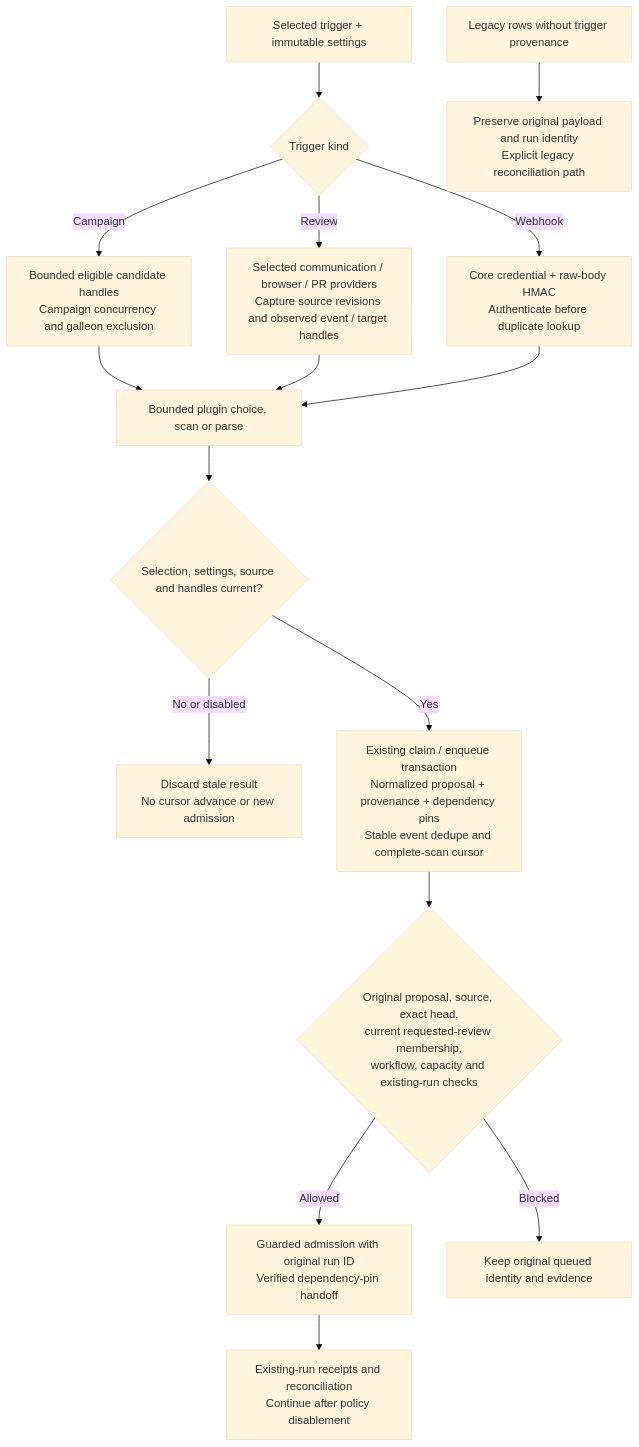
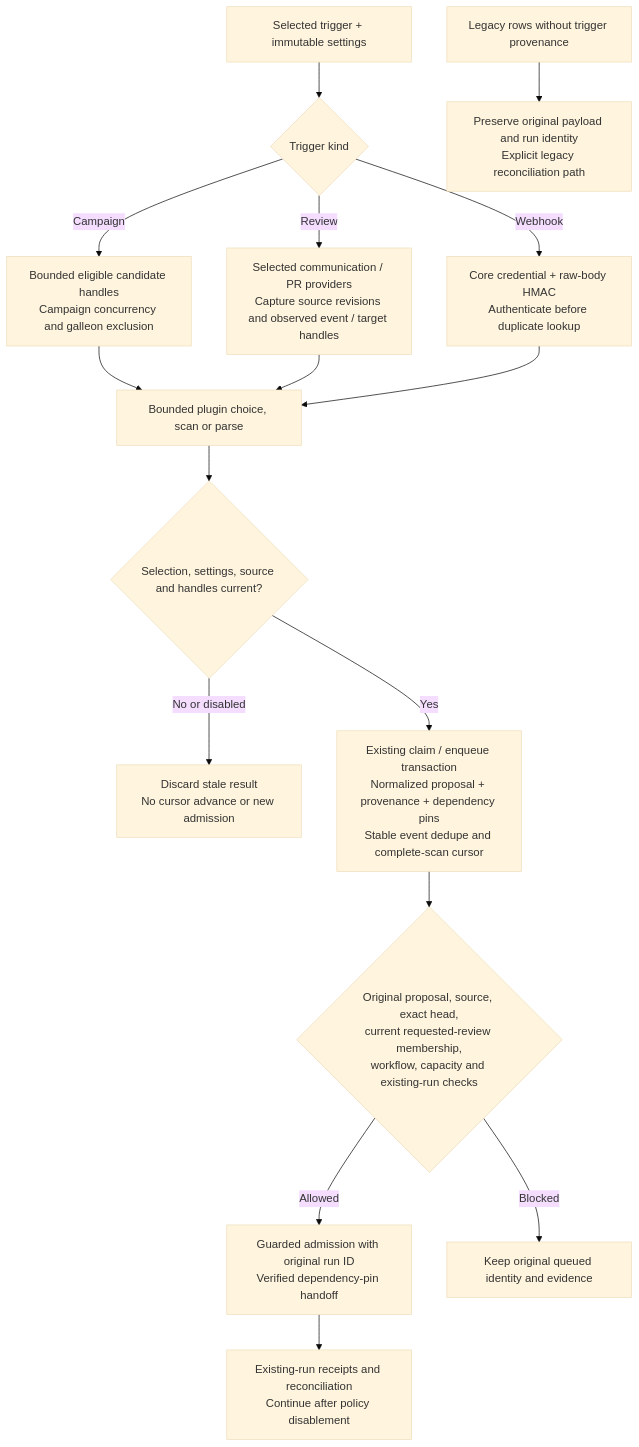
One commit to nloehlein-godaddy/helmsman changed diagram 22 of 26 in docs/helmsman-process.md. Above: the diagram before and after it, drawn with Mermaid (base theme). The commit also changed other lines of this file and 41 other files, not shown here.

````diff
--- a/docs/helmsman-process.md
+++ b/docs/helmsman-process.md
@@ -518,18 +520,18 @@
 ```mermaid
 flowchart TD
     Select[Selected trigger + immutable settings] --> Input{Trigger kind}
     Input -->|Campaign| Candidates[Bounded eligible candidate handles<br/>Campaign concurrency and galleon exclusion]
-    Input -->|Review| Reads[Selected communication / browser / PR providers<br/>Capture source revisions and observed event / target handles]
+    Input -->|Review| Reads[Selected communication / PR providers<br/>Capture source revisions and observed event / target handles]
     Input -->|Webhook| Auth[Core credential + raw-body HMAC<br/>Authenticate before duplicate lookup]
     Candidates --> Policy[Bounded plugin choice, scan or parse]
     Reads --> Policy
     Auth --> Policy
     Policy --> Fence{Selection, settings, source and handles current?}
     Fence -->|No or disabled| Block[Discard stale result<br/>No cursor advance or new admission]
     Fence -->|Yes| Store[Existing claim / enqueue transaction<br/>Normalized proposal + provenance + dependency pins<br/>Stable event dedupe and complete-scan cursor]
     Store --> Guard{Original proposal, source, exact head,<br/>current requested-review membership,<br/>workflow, capacity and existing-run checks}
     Guard -->|Allowed| Admit[Guarded admission with original run ID<br/>Verified dependency-pin handoff]
     Guard -->|Blocked| Retain[Keep original queued identity and evidence]
     Admit --> Reconcile[Existing-run receipts and reconciliation<br/>Continue after policy disablement]
     Legacy[Legacy rows without trigger provenance] --> Original[Preserve original payload and run identity<br/>Explicit legacy reconciliation path]
 ```
````
